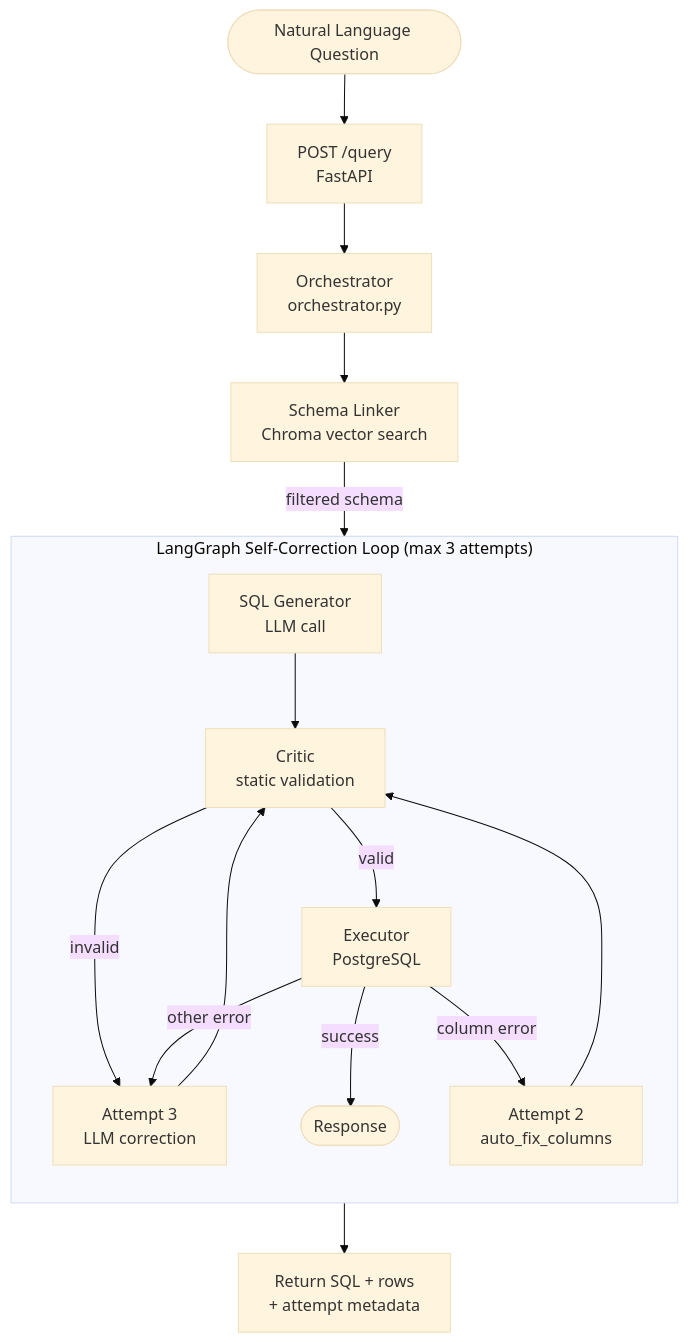
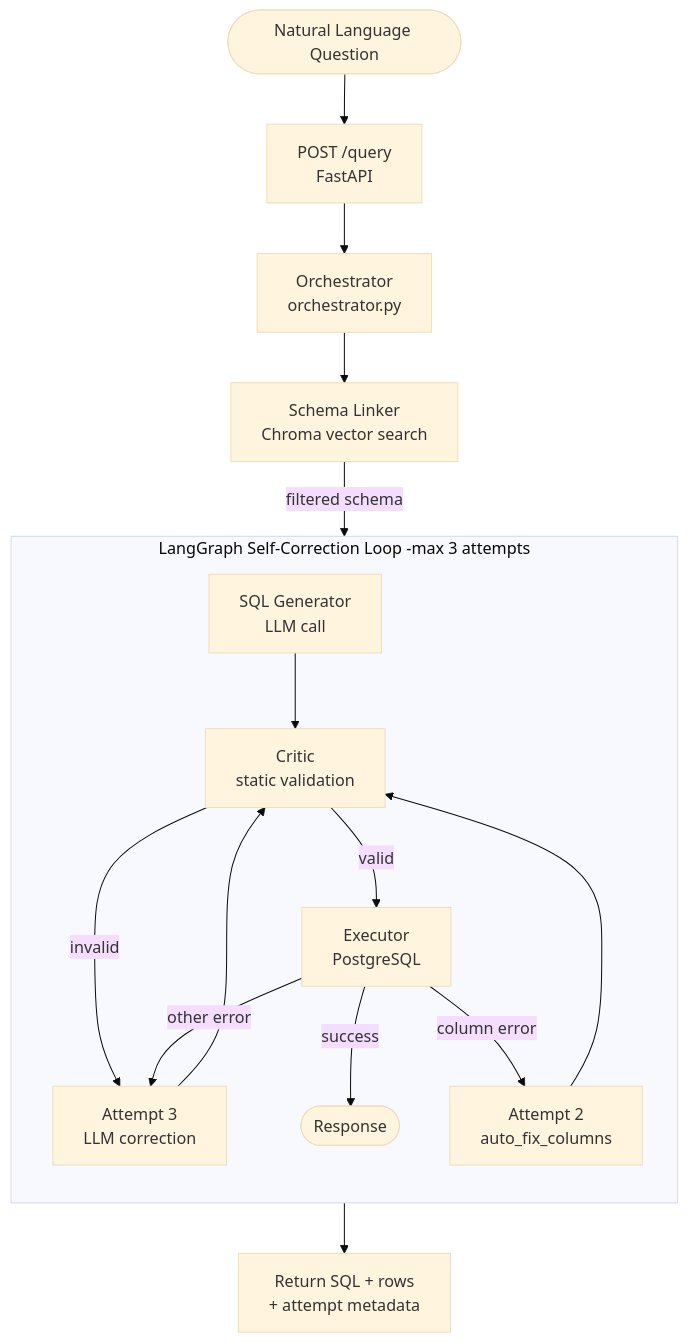
The diagram in docs/ARCHITECTURE.MD (parthtiwari-dev/querypilot), drawn with Mermaid (base theme) before and after one commit.

````diff
--- a/docs/ARCHITECTURE.MD
+++ b/docs/ARCHITECTURE.MD
@@ -316,28 +316,28 @@
 ```mermaid
 flowchart TD
     Q([Natural Language Question]) --> API["POST /query\nFastAPI"]
     API --> ORCH["Orchestrator\norchestrator.py"]
 
     ORCH --> SL["Schema Linker\nChroma vector search"]
     SL -->|filtered schema| SG
 
-    subgraph CorrectionLoop ["LangGraph Self-Correction Loop (max 3 attempts)"]
+    subgraph CorrectionLoop ["LangGraph Self-Correction Loop -max 3 attempts"]
         direction TB
         SG["SQL Generator\nLLM call"]
         CR["Critic\nstatic validation"]
         EX["Executor\nPostgreSQL"]
         A2["Attempt 2\nauto_fix_columns"]
         A3["Attempt 3\nLLM correction"]
 
         SG --> CR
         CR -->|valid| EX
         CR -->|invalid| A3
         EX -->|success| DONE([Response])
         EX -->|column error| A2
         EX -->|other error| A3
         A2 --> CR
         A3 --> CR
     end
 
     DONE --> RESP["Return SQL + rows\n+ attempt metadata"]
 ```
````
